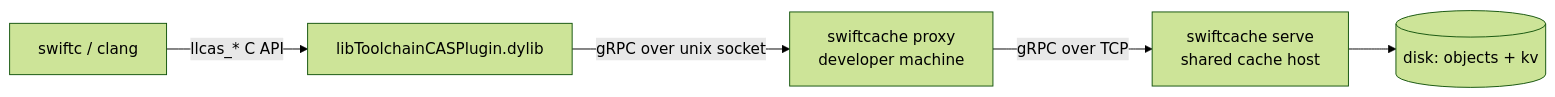
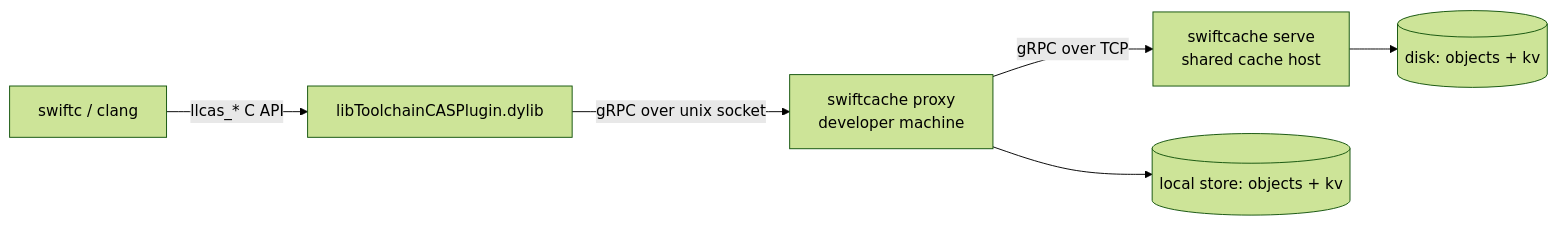
Before and after one commit to yume190/SwiftCache: the diagram in README.md, drawn with Mermaid (forest theme). The commit also changed other lines of this file and 60 other files, not shown here.

````diff
--- a/README.md
+++ b/README.md
@@ -82,7 +84,8 @@
 ```mermaid
 graph LR
     A[swiftc / clang] -->|llcas_* C API| B[libToolchainCASPlugin.dylib]
     B -->|gRPC over unix socket| C[swiftcache proxy<br/>developer machine]
     C -->|gRPC over TCP| D[swiftcache serve<br/>shared cache host]
+    C --> F[(local store: objects + kv)]
     D --> E[(disk: objects + kv)]
 ```
````
